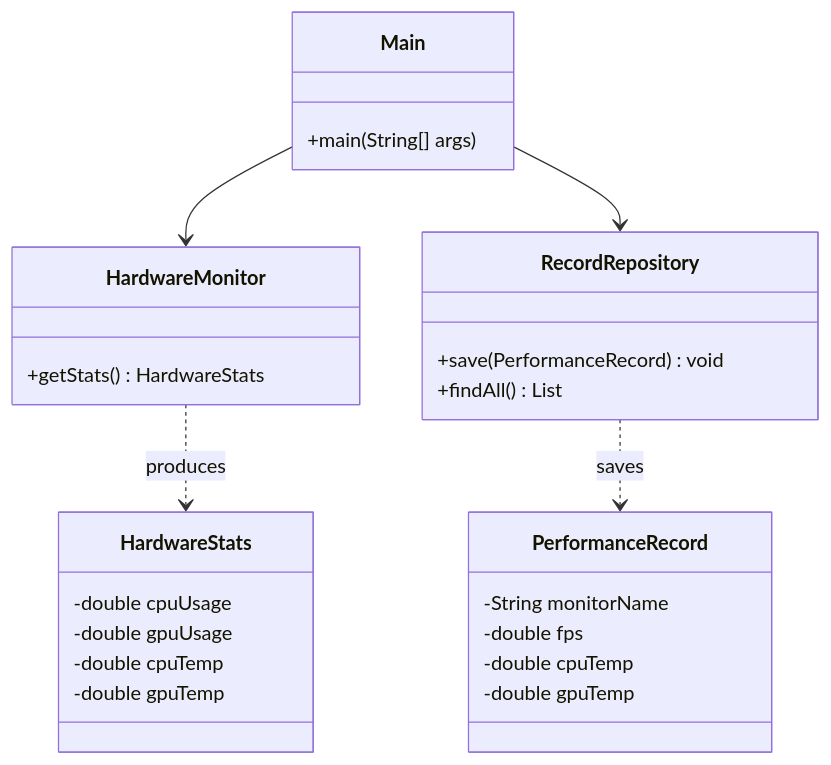
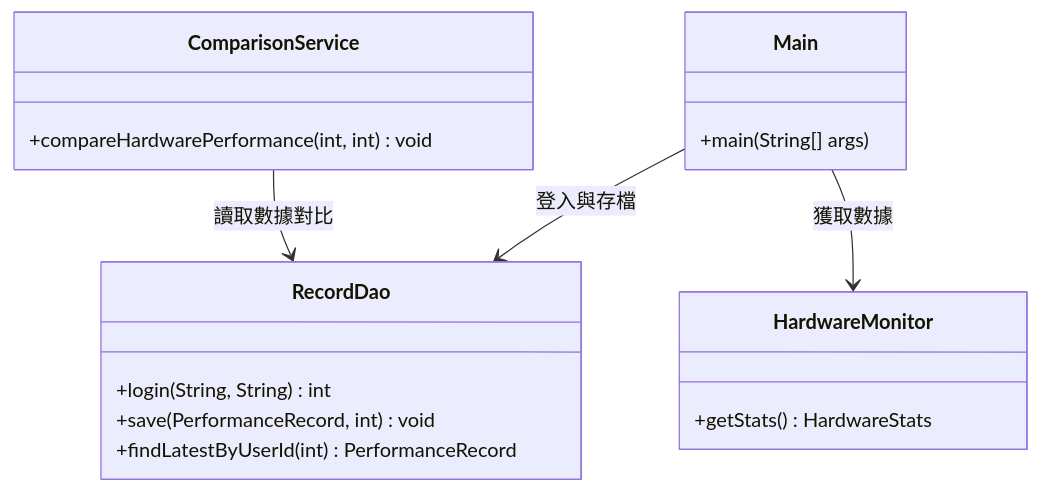
One commit to a0981667889/PC_Tracing_System changed the first of 2 diagrams in README.md. Above: the diagram before and after it, drawn with Mermaid. The commit also changed other lines of this file, not shown here.

````diff
--- a/README.md
+++ b/README.md
@@ -98,30 +101,21 @@
 ```mermaid
 classDiagram
+    class RecordDao {
+        +login(String, String) int
+        +save(PerformanceRecord, int) void
+        +findLatestByUserId(int) PerformanceRecord
+    }
     class HardwareMonitor {
         +getStats() HardwareStats
     }
-    class HardwareStats {
-        -double cpuUsage
-        -double gpuUsage
-        -double cpuTemp
-        -double gpuTemp
-    }
-    class PerformanceRecord {
-        -String monitorName
-        -double fps
-        -double cpuTemp
-        -double gpuTemp
-    }
-    class RecordRepository {
-        +save(PerformanceRecord) void
-        +findAll() List
+    class ComparisonService {
+        +compareHardwarePerformance(int, int) void
     }
     class Main {
         +main(String[] args)
     }
 
-    Main --> HardwareMonitor
-    Main --> RecordRepository
-    HardwareMonitor ..> HardwareStats : produces
-    RecordRepository ..> PerformanceRecord : saves
+    Main --> RecordDao : 登入與存檔
+    Main --> HardwareMonitor : 獲取數據
+    ComparisonService --> RecordDao : 讀取數據對比
 ```
````
